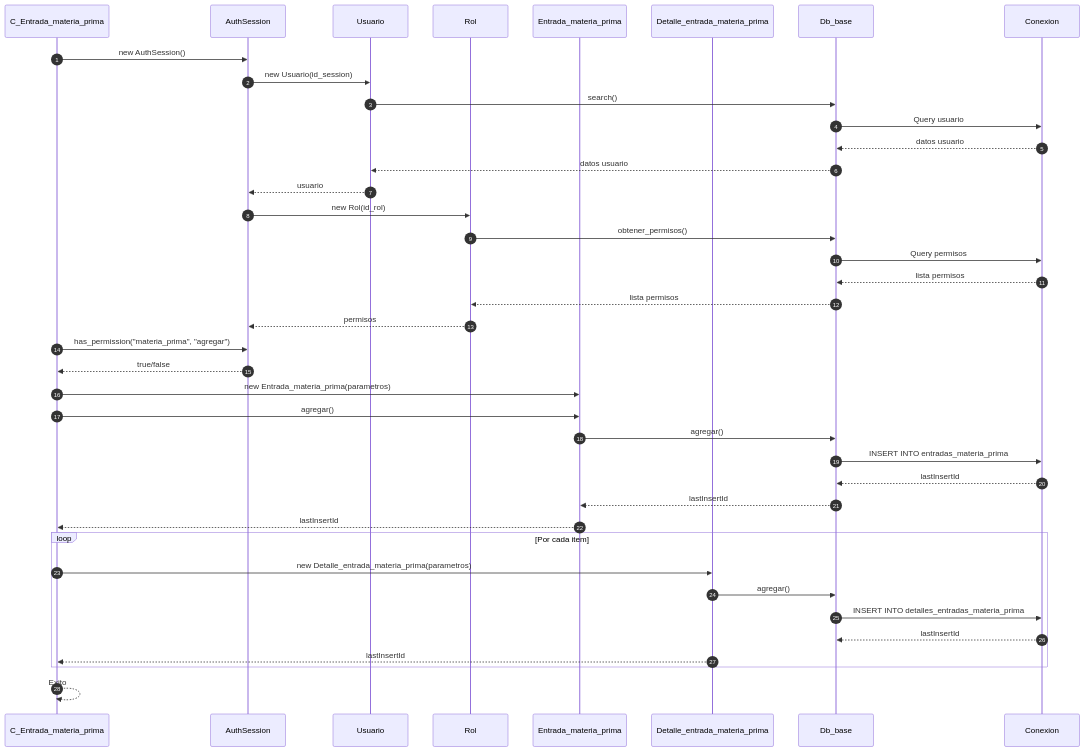
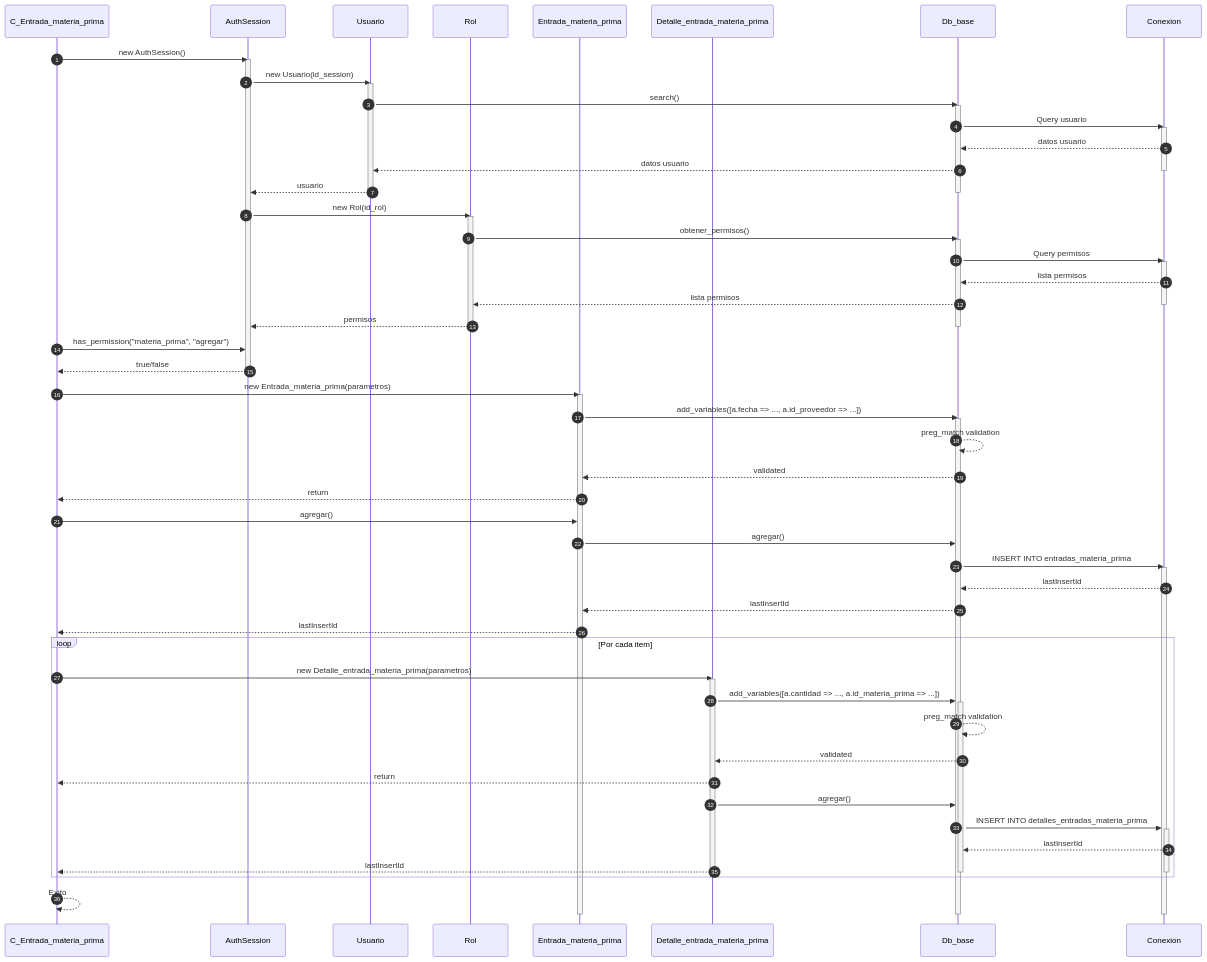
Before and after one commit to Tecrato/BurgerHouse: the second of 5 diagrams in docs/secuencia/materia_prima/materia_prima.md, drawn with Mermaid. The commit also changed other lines of this file and 16 other files, not shown here.

First line of the commit message:
Annotate mermaid sequences & throttle generator

````diff
--- a/docs/secuencia/materia_prima/materia_prima.md
+++ b/docs/secuencia/materia_prima/materia_prima.md
@@ -51,48 +75,82 @@
 ```mermaid
 sequenceDiagram
     autonumber
     participant C_Entrada_mp as C_Entrada_materia_prima
     participant AuthSession as AuthSession
     participant Usuario as Usuario
     participant Rol as Rol
     participant Entrada_mp as Entrada_materia_prima
     participant Detalle_mp as Detalle_entrada_materia_prima
     participant Db_base as Db_base
     participant Conexion as Conexion
     
     C_Entrada_mp->>AuthSession: new AuthSession()
+    activate AuthSession
     AuthSession->>Usuario: new Usuario(id_session)
+    activate Usuario
     Usuario->>Db_base: search()
+    activate Db_base
     Db_base->>Conexion: Query usuario
+    activate Conexion
     Conexion-->>Db_base: datos usuario
     Db_base-->>Usuario: datos usuario
+    deactivate Conexion
     Usuario-->>AuthSession: usuario
+    deactivate Usuario
+    deactivate Db_base
     
     AuthSession->>Rol: new Rol(id_rol)
+    activate Rol
     Rol->>Db_base: obtener_permisos()
+    activate Db_base
     Db_base->>Conexion: Query permisos
+    activate Conexion
     Conexion-->>Db_base: lista permisos
     Db_base-->>Rol: lista permisos
+    deactivate Conexion
     Rol-->>AuthSession: permisos
+    deactivate Rol
+    deactivate Db_base
     
     C_Entrada_mp->>AuthSession: has_permission("materia_prima", "agregar")
     AuthSession-->>C_Entrada_mp: true/false
+    deactivate AuthSession
     
     C_Entrada_mp->>Entrada_mp: new Entrada_materia_prima(parametros)
+    activate Entrada_mp
+    Entrada_mp->>Db_base: add_variables([a.fecha => ..., a.id_proveedor => ...])
+    activate Db_base
+    Db_base-->>Db_base: preg_match validation
+    Db_base-->>Entrada_mp: validated
+    Entrada_mp-->>C_Entrada_mp: return
     C_Entrada_mp->>Entrada_mp: agregar()
     Entrada_mp->>Db_base: agregar()
     Db_base->>Conexion: INSERT INTO entradas_materia_prima
+    activate Conexion
     Conexion-->>Db_base: lastInsertId
     Db_base-->>Entrada_mp: lastInsertId
     Entrada_mp-->>C_Entrada_mp: lastInsertId
     
     loop Por cada item
         C_Entrada_mp->>Detalle_mp: new Detalle_entrada_materia_prima(parametros)
+        activate Detalle_mp
+        Detalle_mp->>Db_base: add_variables([a.cantidad => ..., a.id_materia_prima => ...])
+        activate Db_base
+        Db_base-->>Db_base: preg_match validation
+        Db_base-->>Detalle_mp: validated
+        Detalle_mp-->>C_Entrada_mp: return
         Detalle_mp->>Db_base: agregar()
         Db_base->>Conexion: INSERT INTO detalles_entradas_materia_prima
+        activate Conexion
         Conexion-->>Db_base: lastInsertId
         Detalle_mp-->>C_Entrada_mp: lastInsertId
+        deactivate Detalle_mp
+        deactivate Conexion
+        deactivate Db_base
     end
     
     C_Entrada_mp-->>C_Entrada_mp: Exito
+    deactivate Entrada_mp
+    deactivate Conexion
+    deactivate Db_base
 ```
````
